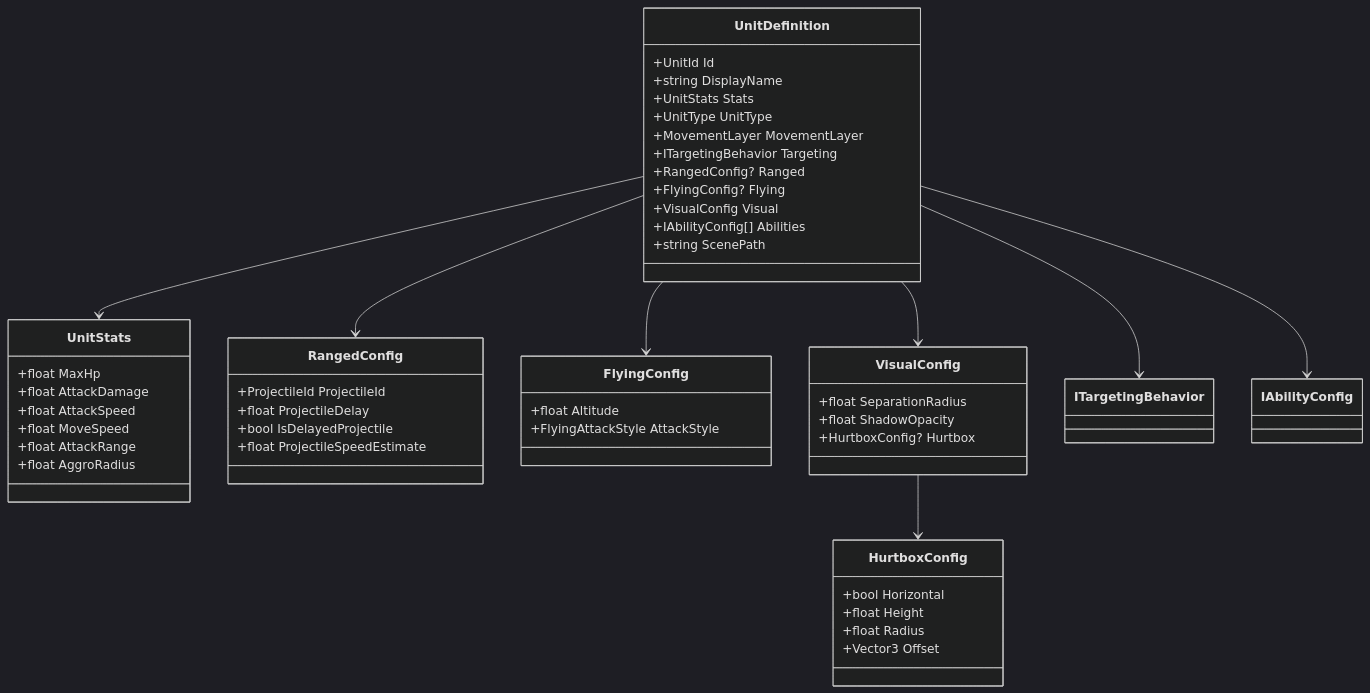
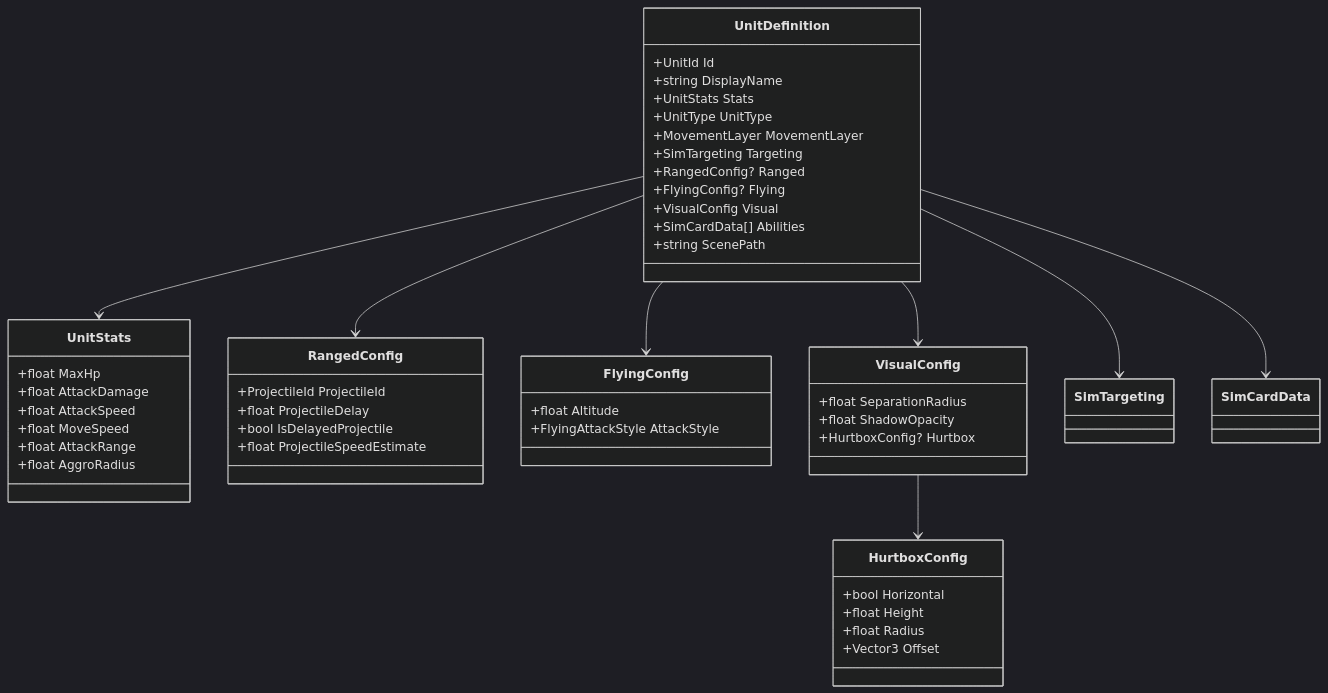
One commit to amari-charles/project-summoner changed the first of 4 diagrams in docs/technical/unit-definition-refactor.md. Above: the diagram before and after it, drawn with Mermaid (dark theme). The commit also changed other lines of this file and 18 other files, not shown here.

````diff
--- a/docs/technical/unit-definition-refactor.md
+++ b/docs/technical/unit-definition-refactor.md
@@ -13,58 +13,58 @@
 ```mermaid
 classDiagram
     class UnitDefinition {
         +UnitId Id
         +string DisplayName
         +UnitStats Stats
         +UnitType UnitType
         +MovementLayer MovementLayer
-        +ITargetingBehavior Targeting
+        +SimTargeting Targeting
         +RangedConfig? Ranged
         +FlyingConfig? Flying
         +VisualConfig Visual
-        +IAbilityConfig[] Abilities
+        +SimCardData[] Abilities
         +string ScenePath
     }
 
     class UnitStats {
         +float MaxHp
         +float AttackDamage
         +float AttackSpeed
         +float MoveSpeed
         +float AttackRange
         +float AggroRadius
     }
 
     class RangedConfig {
         +ProjectileId ProjectileId
         +float ProjectileDelay
         +bool IsDelayedProjectile
         +float ProjectileSpeedEstimate
     }
 
     class FlyingConfig {
         +float Altitude
         +FlyingAttackStyle AttackStyle
     }
 
     class VisualConfig {
         +float SeparationRadius
         +float ShadowOpacity
         +HurtboxConfig? Hurtbox
     }
 
     class HurtboxConfig {
         +bool Horizontal
         +float Height
         +float Radius
         +Vector3 Offset
     }
 
     UnitDefinition --> UnitStats
     UnitDefinition --> RangedConfig
     UnitDefinition --> FlyingConfig
     UnitDefinition --> VisualConfig
     VisualConfig --> HurtboxConfig
-    UnitDefinition --> ITargetingBehavior
-    UnitDefinition --> IAbilityConfig
+    UnitDefinition --> SimTargeting
+    UnitDefinition --> SimCardData
 ```
````
